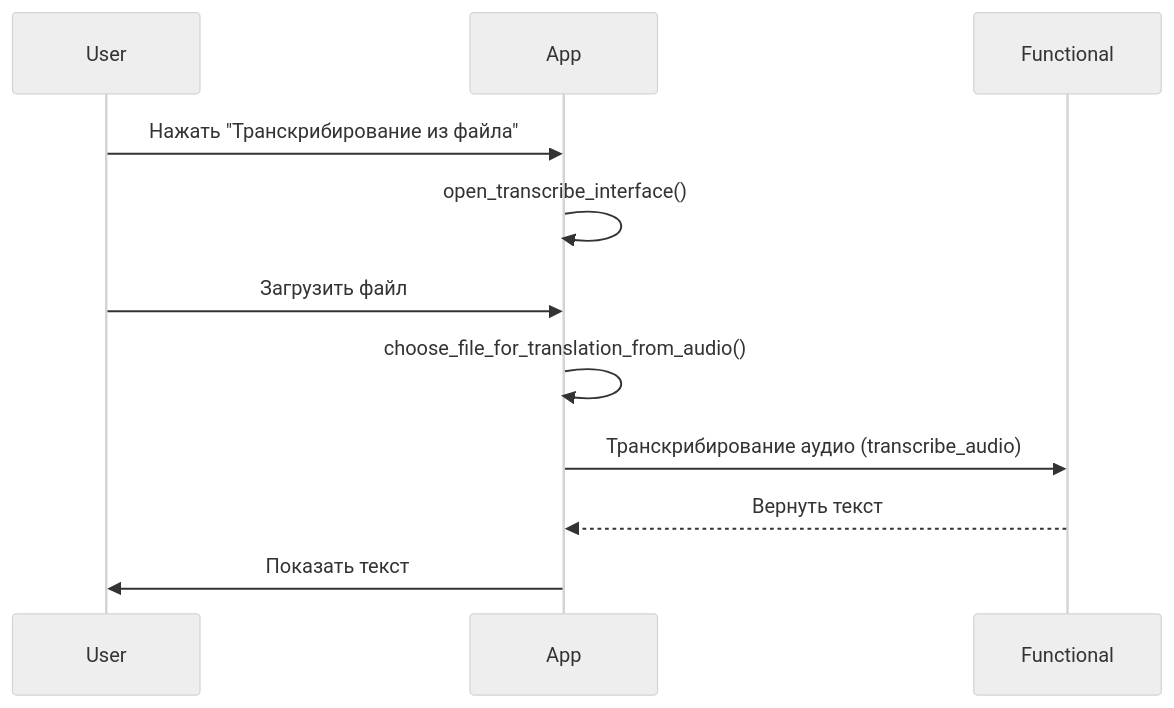
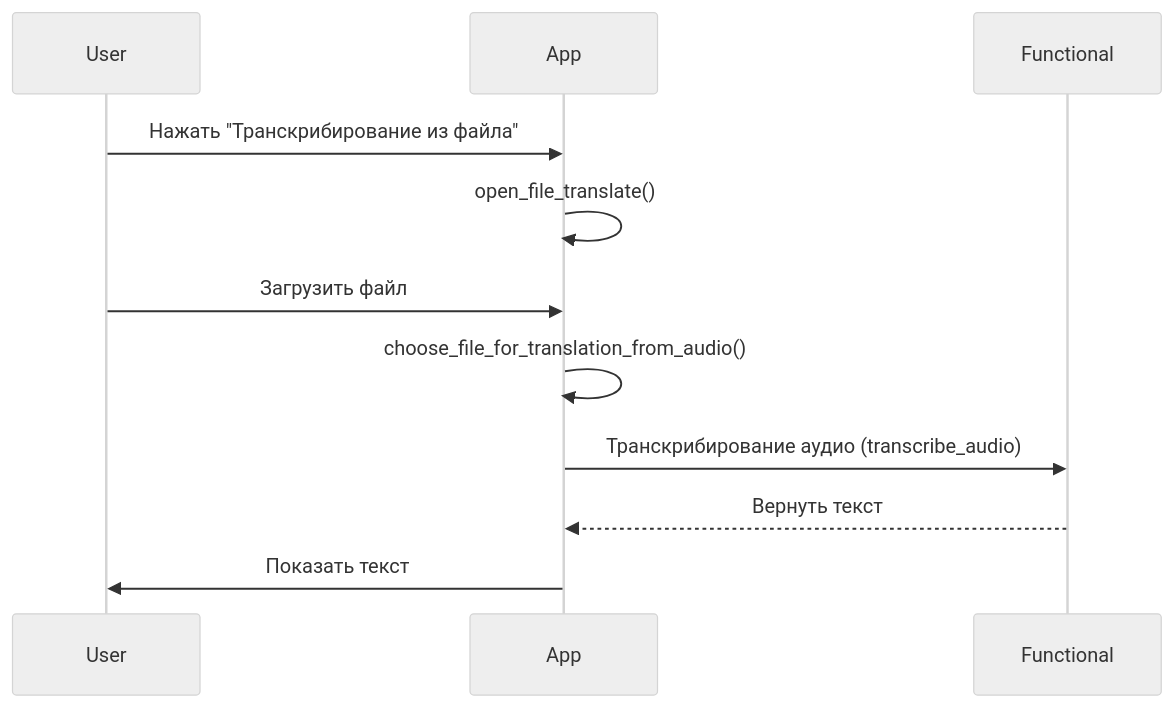
The sixth of 6 diagrams in docs/behavior.md (Retnug228/Lab3Orpo), drawn with Mermaid (neutral theme) before and after one commit. The commit also changed other lines of this file, not shown here.

````diff
--- a/docs/behavior.md
+++ b/docs/behavior.md
@@ -165,14 +165,14 @@
 ```mermaid
 sequenceDiagram
     participant User
     participant App
     participant Functional
     
     User ->> App: Нажать "Транскрибирование из файла"
-    App ->> App: open_transcribe_interface()
+    App ->> App: open_file_translate()
     User ->> App: Загрузить файл
     App ->> App: choose_file_for_translation_from_audio()
     App ->> Functional: Транскрибирование аудио (transcribe_audio)
     Functional -->> App: Вернуть текст
     App ->> User: Показать текст
 ```
````
